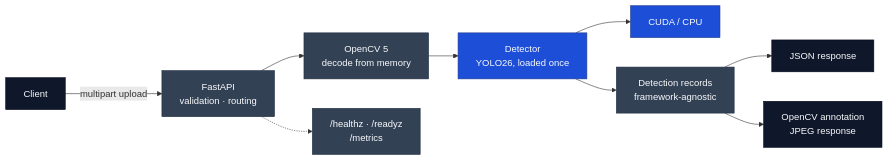
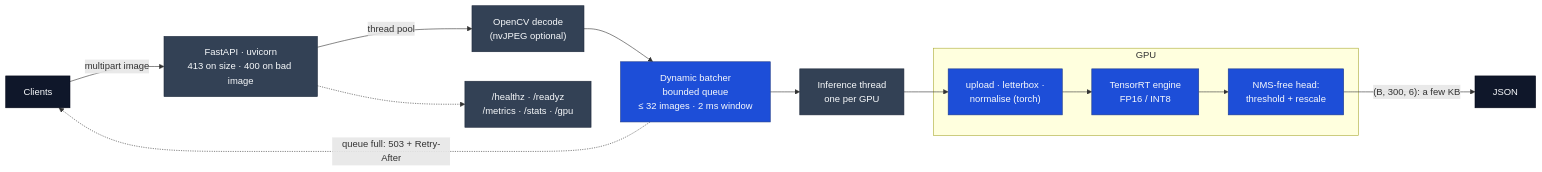
Before and after one commit to Ankyriazis/yolo26-inference-service: the diagram in README.md, drawn with Mermaid. The commit also changed other lines of this file and 45 other files, not shown here.

````diff
--- a/README.md
+++ b/README.md
@@ -50,18 +139,22 @@
 ```mermaid
 flowchart LR
-    CLIENT["Client"] -->|"multipart upload"| API["FastAPI<br/>validation · routing"]
-    API --> DEC["OpenCV 5<br/>decode from memory"]
-    DEC --> DET["Detector<br/>YOLO26, loaded once"]
-    DET --> GPU["CUDA / CPU"]
-    DET --> REC["Detection records<br/>framework-agnostic"]
-    REC --> JSON["JSON response"]
-    REC --> ANN["OpenCV annotation<br/>JPEG response"]
-    API -.-> OPS["/healthz · /readyz<br/>/metrics"]
+    C["Clients"] -->|"multipart image"| API["FastAPI · uvicorn<br/>413 on size · 400 on bad image"]
+    API -->|"thread pool"| DEC["OpenCV decode<br/>(nvJPEG optional)"]
+    DEC --> Q["Dynamic batcher<br/>bounded queue<br/>≤ 32 images · 2 ms window"]
+    Q -.->|"queue full: 503 + Retry-After"| C
+    Q --> T["Inference thread<br/>one per GPU"]
+    subgraph DEV["GPU"]
+      P["upload · letterbox ·<br/>normalise (torch)"] --> M["TensorRT engine<br/>FP16 / INT8"]
+      M --> PP["NMS-free head:<br/>threshold + rescale"]
+    end
+    T --> P
+    PP -->|"(B, 300, 6): a few KB"| R["JSON"]
+    API -.-> OPS["/healthz · /readyz<br/>/metrics · /stats · /gpu"]
 
     classDef edge fill:#0f172a,stroke:#020617,color:#f8fafc;
     classDef stage fill:#334155,stroke:#1e293b,color:#f8fafc;
     classDef key fill:#1d4ed8,stroke:#1e3a8a,color:#f8fafc;
-    class CLIENT,JSON,ANN edge;
-    class API,DEC,REC,OPS stage;
-    class DET,GPU key;
+    class C,R edge;
+    class API,DEC,T,OPS stage;
+    class Q,P,M,PP key;
 ```
````
